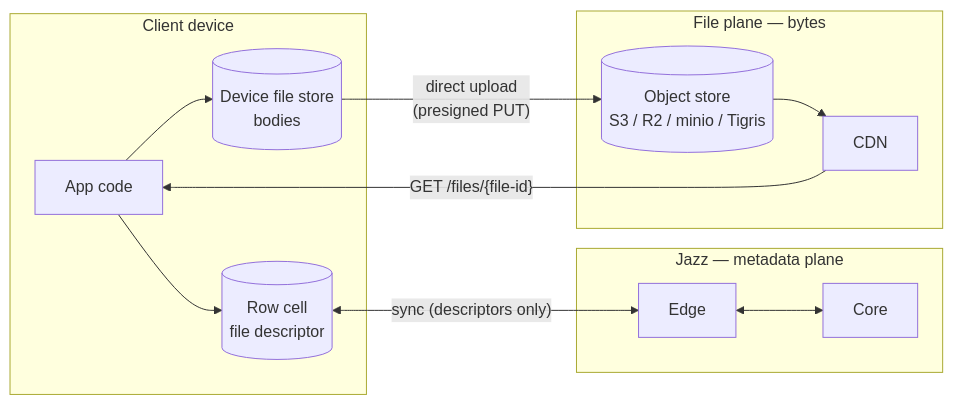
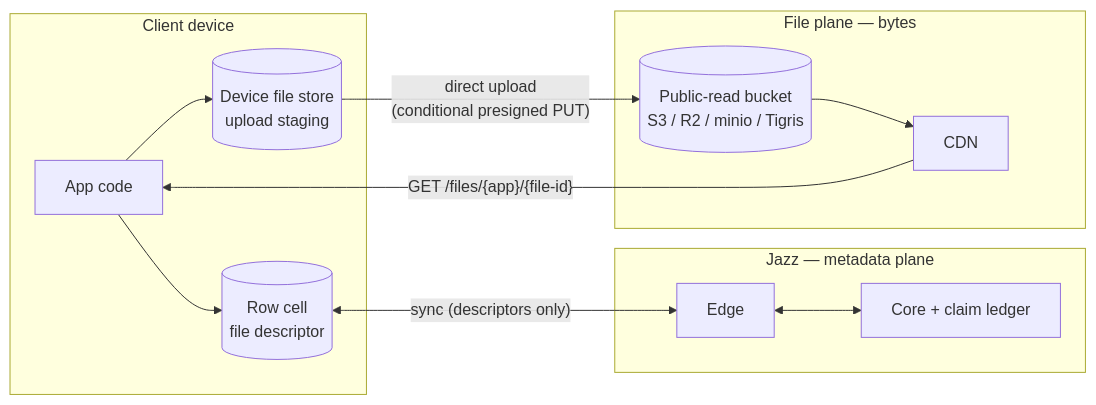
One commit to garden-co/jazz changed the first of 3 diagrams in docs/superpowers/specs/2026-07-09-files-design-explained.md. Above: the diagram before and after it, drawn with Mermaid. The commit also changed other lines of this file and 1 other file, not shown here.

````diff
--- a/docs/superpowers/specs/2026-07-09-files-design-explained.md
+++ b/docs/superpowers/specs/2026-07-09-files-design-explained.md
@@ -30,20 +31,20 @@
 ```mermaid
 flowchart LR
     subgraph client [Client device]
         app[App code]
         cell[(Row cell\nfile descriptor)]
-        store[(Device file store\nbodies)]
+        staging[(Device file store\nupload staging)]
     end
     subgraph jazz [Jazz — metadata plane]
         edge[Edge]
-        core[Core]
+        core[Core + claim ledger]
     end
     subgraph fileplane [File plane — bytes]
-        s3[(Object store\nS3 / R2 / minio / Tigris)]
+        s3[(Public-read bucket\nS3 / R2 / minio / Tigris)]
         cdn[CDN]
     end
-    app --> cell & store
+    app --> cell & staging
     cell <-- "sync (descriptors only)" --> edge <--> core
-    store -- "direct upload\n(presigned PUT)" --> s3
-    s3 --> cdn -- "GET /files/{file-id}" --> app
+    staging -- "direct upload\n(conditional presigned PUT)" --> s3
+    s3 --> cdn -- "GET /files/{app}/{file-id}" --> app
 ```
````
